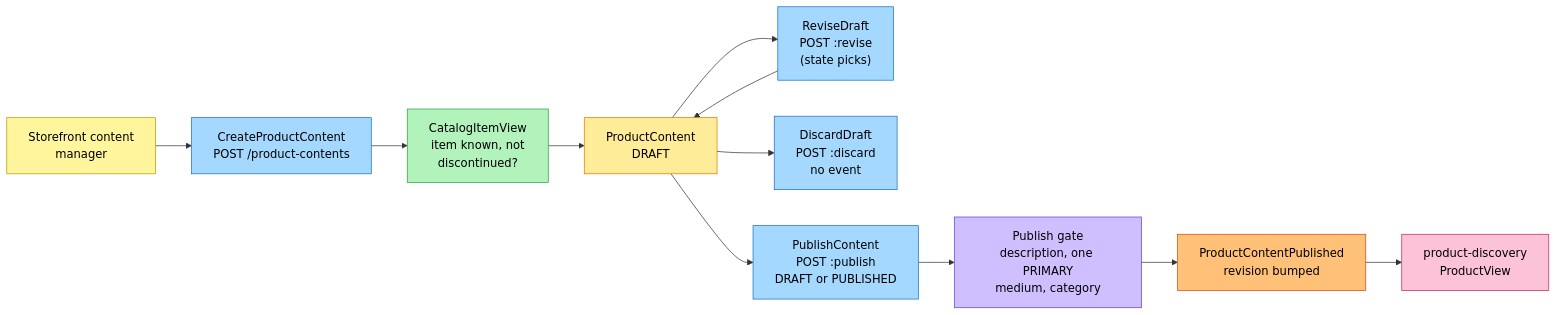
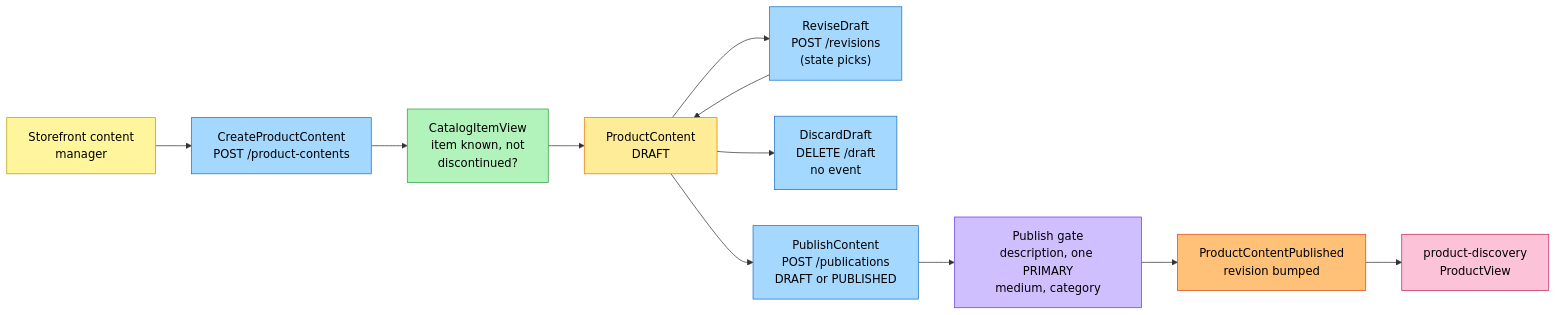
One commit to IQVO/warehouse-docs changed the first of 3 diagrams in storefront/docs/contexts/product-content/eventstorming.md. Above: the diagram before and after it, drawn with Mermaid. The commit also changed other lines of this file and 10 other files, not shown here.

Commit message:
docs(storefront): product-content pack and model follow the repo (MANUAL reason, DRAFT retired silently on discontinue, ReviseContent for DRAFT and PUBLISHED, no content for a discontinued item, current routes)

````diff
--- a/storefront/docs/contexts/product-content/eventstorming.md
+++ b/storefront/docs/contexts/product-content/eventstorming.md
@@ -37,28 +37,28 @@
 ```mermaid
 flowchart LR
     CM["Storefront content<br/>manager"]:::actor
     C1["CreateProductContent<br/>POST /product-contents"]:::command
     RM["CatalogItemView<br/>item known, not<br/>discontinued?"]:::readmodel
     G1["ProductContent<br/>DRAFT"]:::aggregate
-    C1b["ReviseDraft<br/>POST :revise<br/>(state picks)"]:::command
-    C1c["DiscardDraft<br/>POST :discard<br/>no event"]:::command
-    C2["PublishContent<br/>POST :publish<br/>DRAFT or PUBLISHED"]:::command
+    C1b["ReviseDraft<br/>POST /revisions<br/>(state picks)"]:::command
+    C1c["DiscardDraft<br/>DELETE /draft<br/>no event"]:::command
+    C2["PublishContent<br/>POST /publications<br/>DRAFT or PUBLISHED"]:::command
     P1["Publish gate<br/>description, one PRIMARY<br/>medium, category"]:::policy
     E1["ProductContentPublished<br/>revision bumped"]:::event
     PD["product-discovery<br/>ProductView"]:::external
 
     CM --> C1
     C1 --> RM --> G1
     G1 --> C2 --> P1 --> E1 --> PD
     G1 --> C1b --> G1
     G1 --> C1c
 
     classDef actor fill:#fff59d,stroke:#b59f00,color:#000
     classDef command fill:#a5d8ff,stroke:#1971c2,color:#000
     classDef aggregate fill:#ffec99,stroke:#e67700,color:#000
     classDef event fill:#ffc078,stroke:#d9480f,color:#000
     classDef policy fill:#d0bfff,stroke:#6741d9,color:#000
     classDef readmodel fill:#b2f2bb,stroke:#2f9e44,color:#000
     classDef external fill:#fcc2d7,stroke:#c2255c,color:#000
     classDef hotspot fill:#ff8787,stroke:#c92a2a,color:#000
 ```
````
